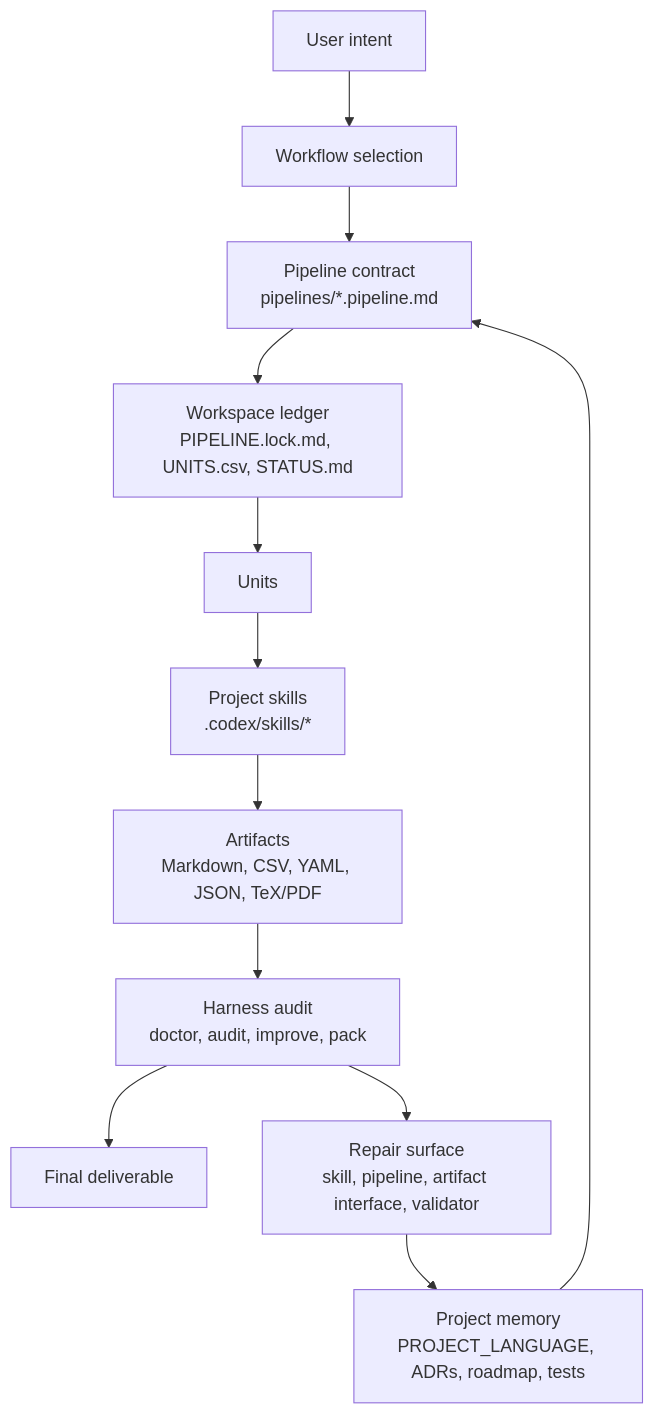
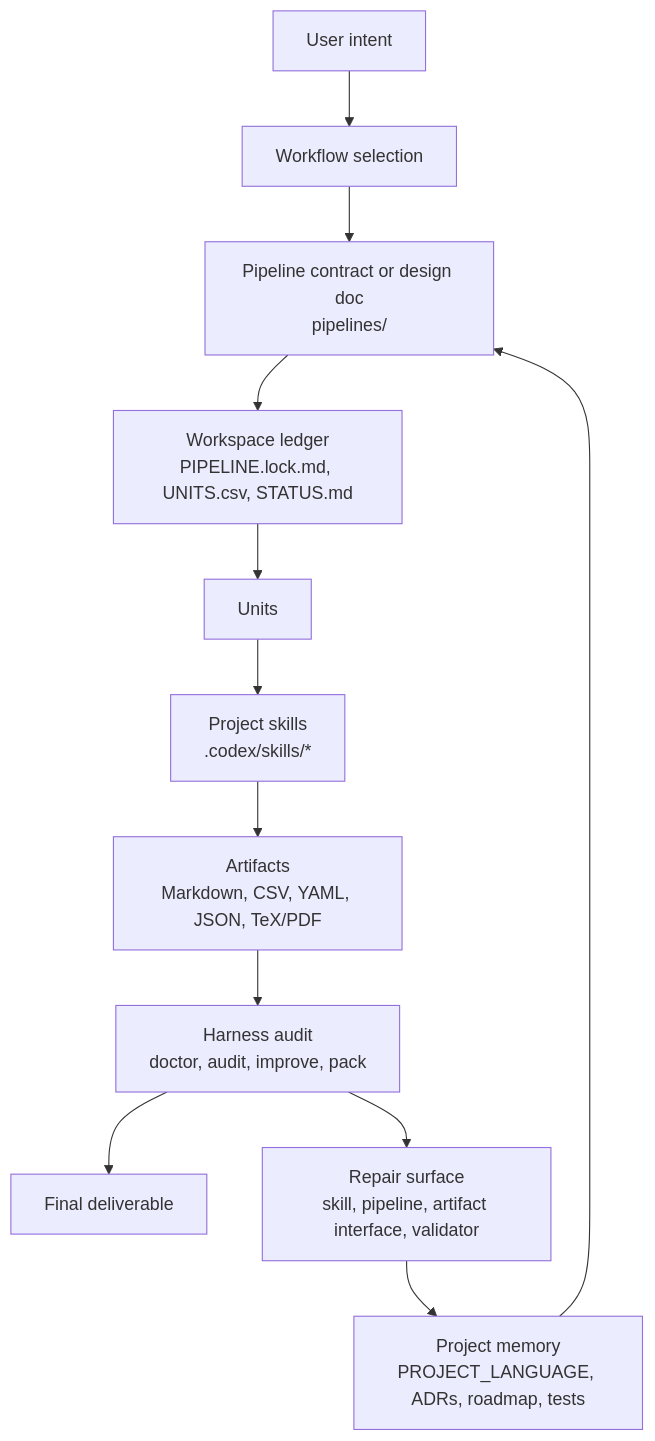
The diagram in docs/AUTO_RESEARCH_DESIGN_SYSTEM.md (WILLOSCAR/research-units-pipeline-skills), drawn with Mermaid before and after one commit. The commit also changed other lines of this file and 39 other files, not shown here.

````diff
--- a/docs/AUTO_RESEARCH_DESIGN_SYSTEM.md
+++ b/docs/AUTO_RESEARCH_DESIGN_SYSTEM.md
@@ -39,14 +39,14 @@
 ```mermaid
 flowchart TD
     User["User intent"] --> Router["Workflow selection"]
-    Router --> Pipeline["Pipeline contract<br/>pipelines/*.pipeline.md"]
+    Router --> Pipeline["Pipeline contract or design doc<br/>pipelines/"]
     Pipeline --> Workspace["Workspace ledger<br/>PIPELINE.lock.md, UNITS.csv, STATUS.md"]
     Workspace --> Units["Units"]
     Units --> Skills["Project skills<br/>.codex/skills/*"]
     Skills --> Artifacts["Artifacts<br/>Markdown, CSV, YAML, JSON, TeX/PDF"]
     Artifacts --> Audit["Harness audit<br/>doctor, audit, improve, pack"]
     Audit --> Deliverable["Final deliverable"]
     Audit --> Repair["Repair surface<br/>skill, pipeline, artifact interface, validator"]
     Repair --> Memory["Project memory<br/>PROJECT_LANGUAGE, ADRs, roadmap, tests"]
     Memory --> Pipeline
 ```
````
